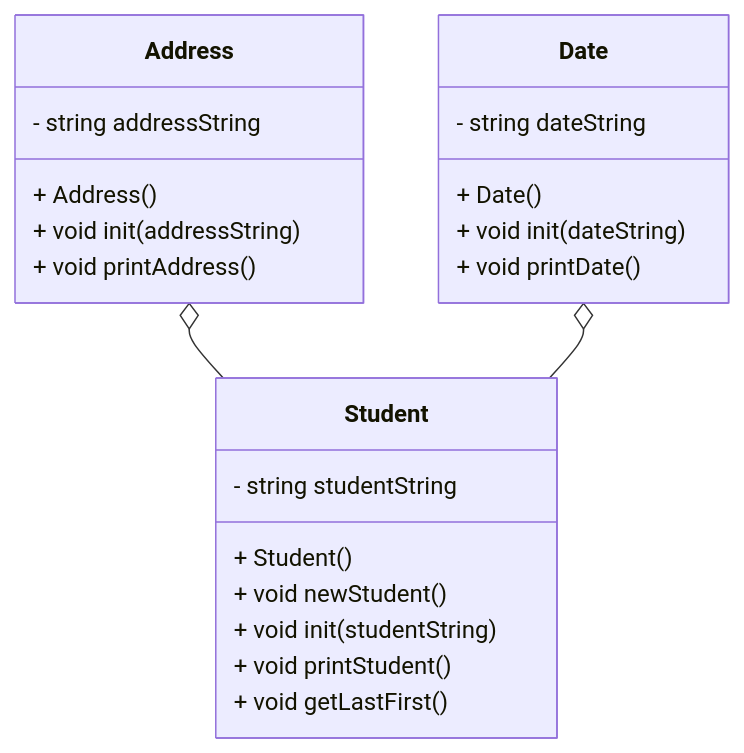
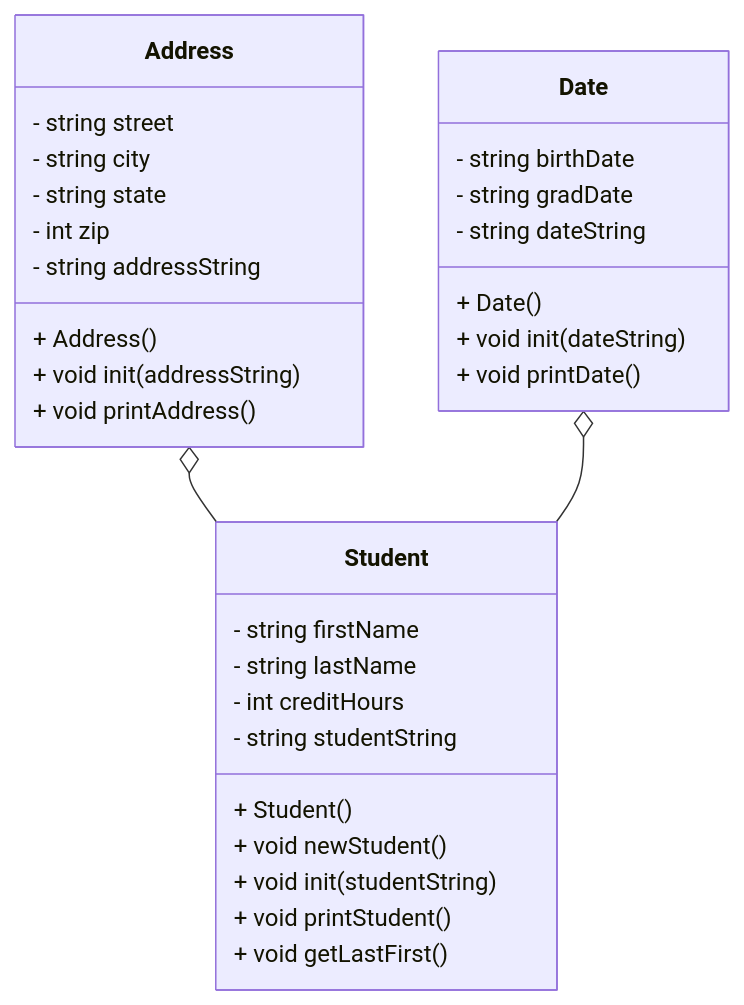
Before and after one commit to ajbeck800/CS121_Project_6_Beck: the diagram in README.md, drawn with Mermaid.

````diff
--- a/README.md
+++ b/README.md
@@ -4,26 +4,35 @@
 ```mermaid
 classDiagram
     class Student{
+      - string firstName
+      - string lastName
+      - int creditHours
       - string studentString
       + Student()
       + void newStudent()
       + void init(studentString)
       + void printStudent()
       + void getLastFirst()
     }
     class Address{
+      - string street
+      - string city
+      - string state
+      - int zip
       - string addressString
       + Address()
       + void init(addressString)
       + void printAddress()
     }
     class Date{
+      - string birthDate
+      - string gradDate
       - string dateString
       + Date()
       + void init(dateString)
       + void printDate()
     }
 
 Address o-- Student
 Date o-- Student
 ```
````
